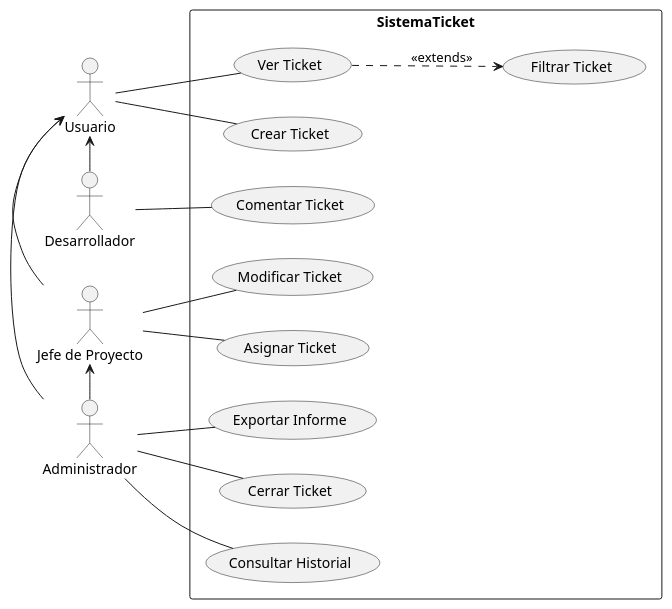
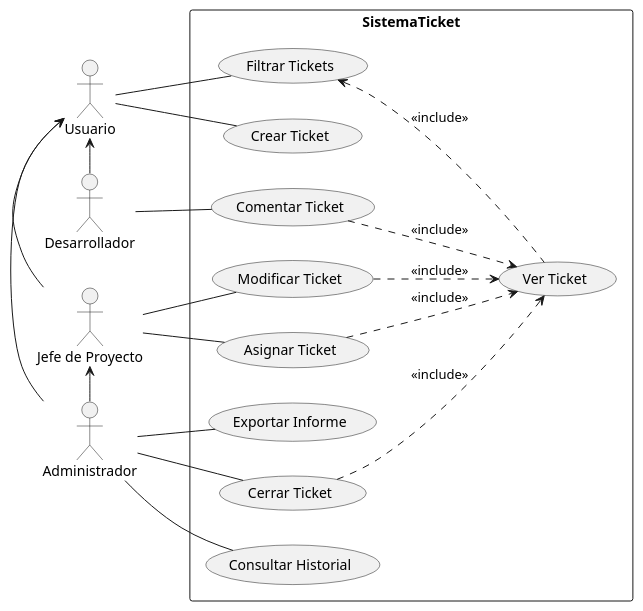
Before and after one commit to mmasias/23-24-IdSw1-SDR: the diagram in modelosUML/CasosDeUsos/CDU SistemaTicket.puml, drawn with PlantUML. The commit also changed 1 other file, not shown here.

```diff
--- a/modelosUML/CasosDeUsos/CDU SistemaTicket.puml
+++ b/modelosUML/CasosDeUsos/CDU SistemaTicket.puml
@@ -1,26 +1,33 @@
 @startuml
 
 left to right direction
 
 actor "Jefe de Proyecto" as JefeProyecto
 actor Administrador as Admin
 actor Usuario as Usuario
 actor Desarrollador as Dev
 
 rectangle SistemaTicket{
     Dev -l-> Usuario
     Dev -- (Comentar Ticket)
     Usuario -l- (Crear Ticket)
-    Usuario -- (Ver Ticket)
+    Usuario -- (Filtrar Tickets)
     JefeProyecto -l-> Usuario
     JefeProyecto -- (Asignar Ticket)
     JefeProyecto -- (Modificar Ticket)
-    (Ver Ticket) ..> (Filtrar Ticket) :<<extends>>
     Admin -l-> Usuario
     Admin -l-> JefeProyecto
     Admin -- (Consultar Historial)
     Admin -- (Exportar Informe)
     Admin -- (Cerrar Ticket)
+
+    (Filtrar Tickets) <.. (Ver Ticket) :<<include>>
+    (Comentar Ticket) ..> (Ver Ticket) :<<include>>
+    (Modificar Ticket) ..> (Ver Ticket) :<<include>>
+    (Asignar Ticket) ..> (Ver Ticket) :<<include>>
+    (Cerrar Ticket) ..> (Ver Ticket) :<<include>>
+
+
 }
 
 @enduml
```
